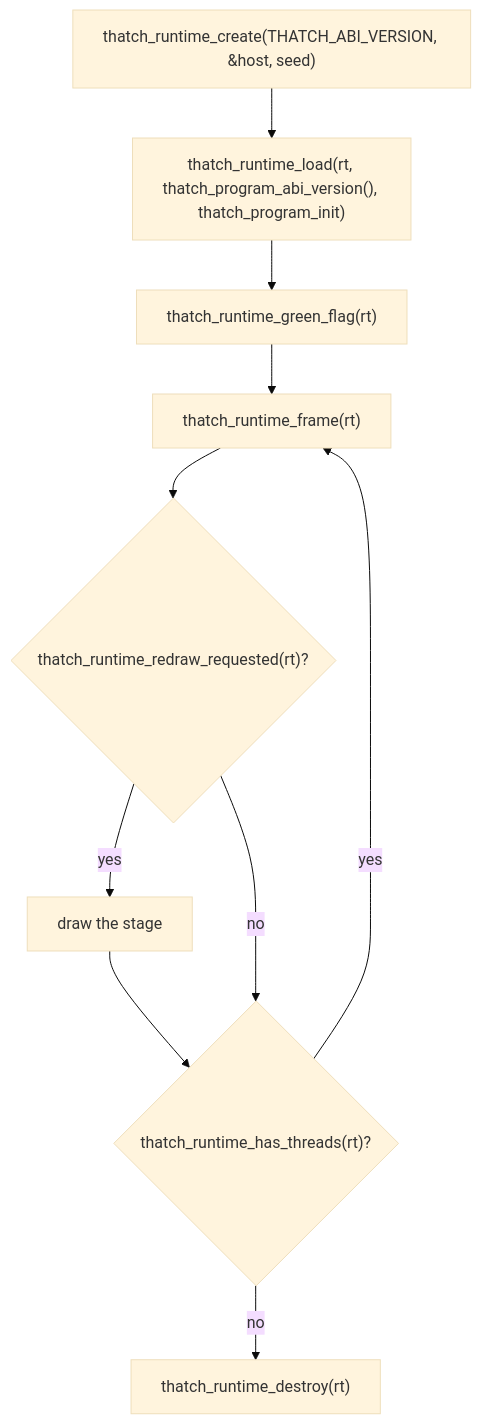
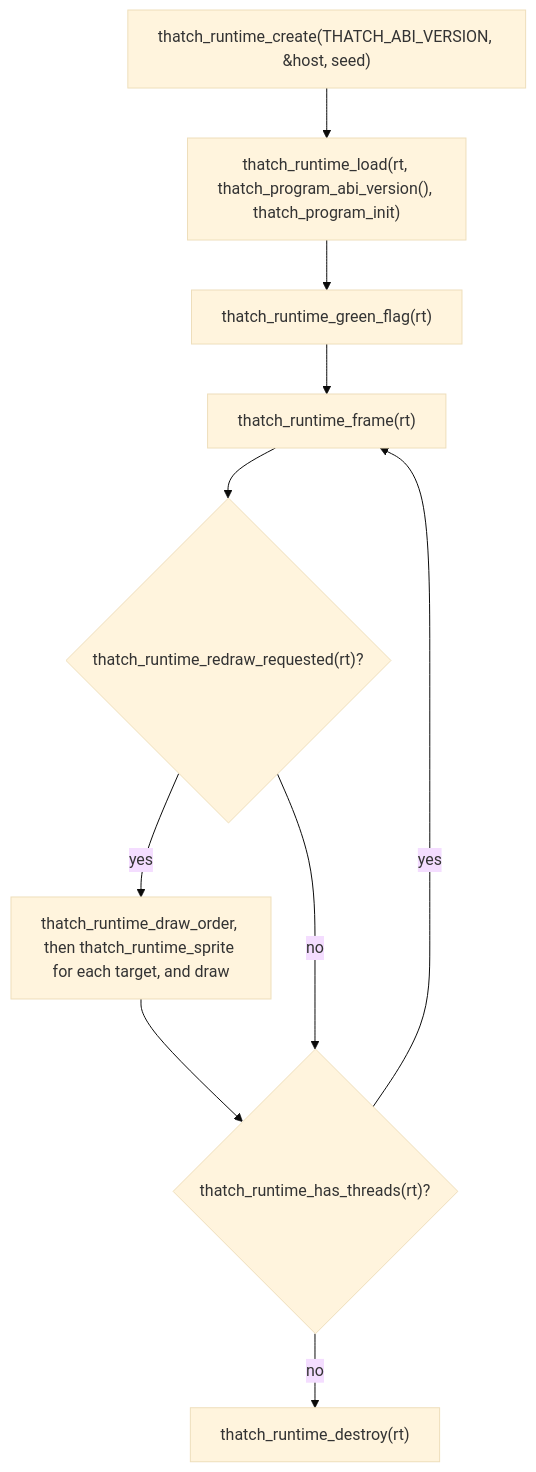
One commit to AstroBlocksMod/thatch changed the diagram in docs/abi.md. Above: the diagram before and after it, drawn with Mermaid (base theme). The commit also changed other lines of this file and 39 other files, not shown here.

````diff
--- a/docs/abi.md
+++ b/docs/abi.md
@@ -76,11 +89,11 @@
 ```mermaid
 flowchart TD
     create["thatch_runtime_create(THATCH_ABI_VERSION, &host, seed)"] --> load["thatch_runtime_load(rt, thatch_program_abi_version(), thatch_program_init)"]
     load --> flag["thatch_runtime_green_flag(rt)"]
     flag --> frame["thatch_runtime_frame(rt)"]
     frame --> redraw{"thatch_runtime_redraw_requested(rt)?"}
-    redraw -->|yes| draw["draw the stage"] --> more
+    redraw -->|yes| draw["thatch_runtime_draw_order, then thatch_runtime_sprite for each target, and draw"] --> more
     redraw -->|no| more{"thatch_runtime_has_threads(rt)?"}
     more -->|yes| frame
     more -->|no| destroy["thatch_runtime_destroy(rt)"]
 ```
````
